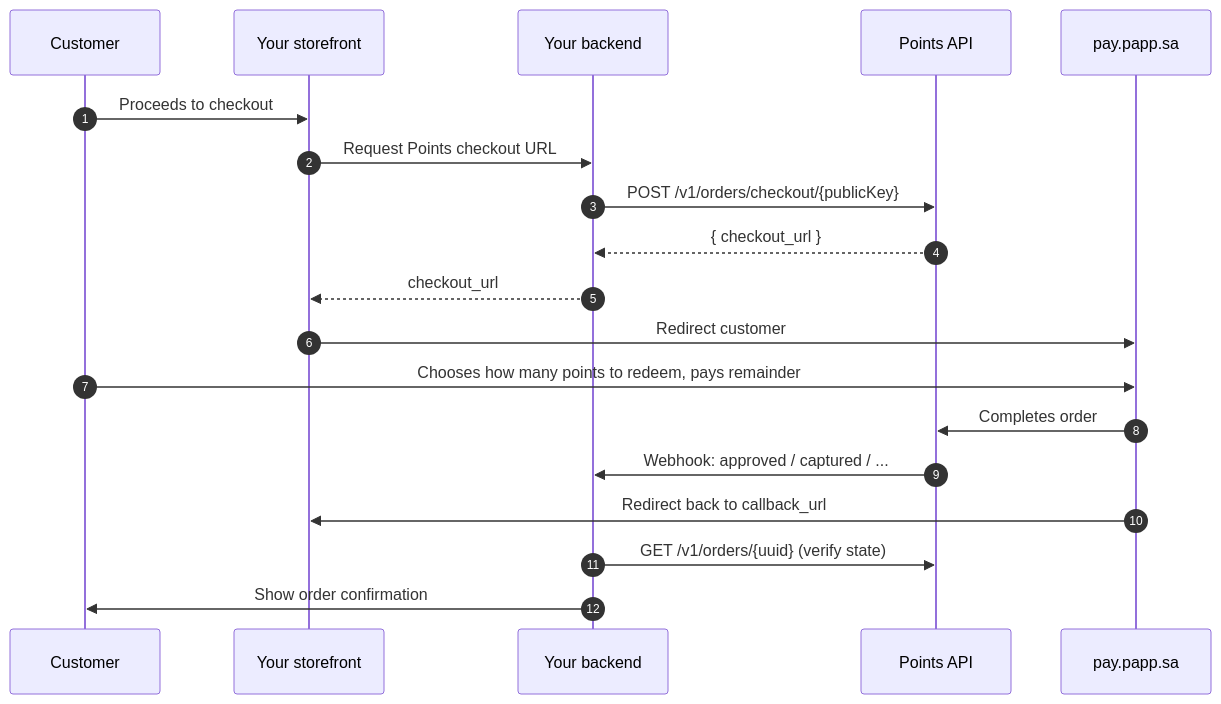
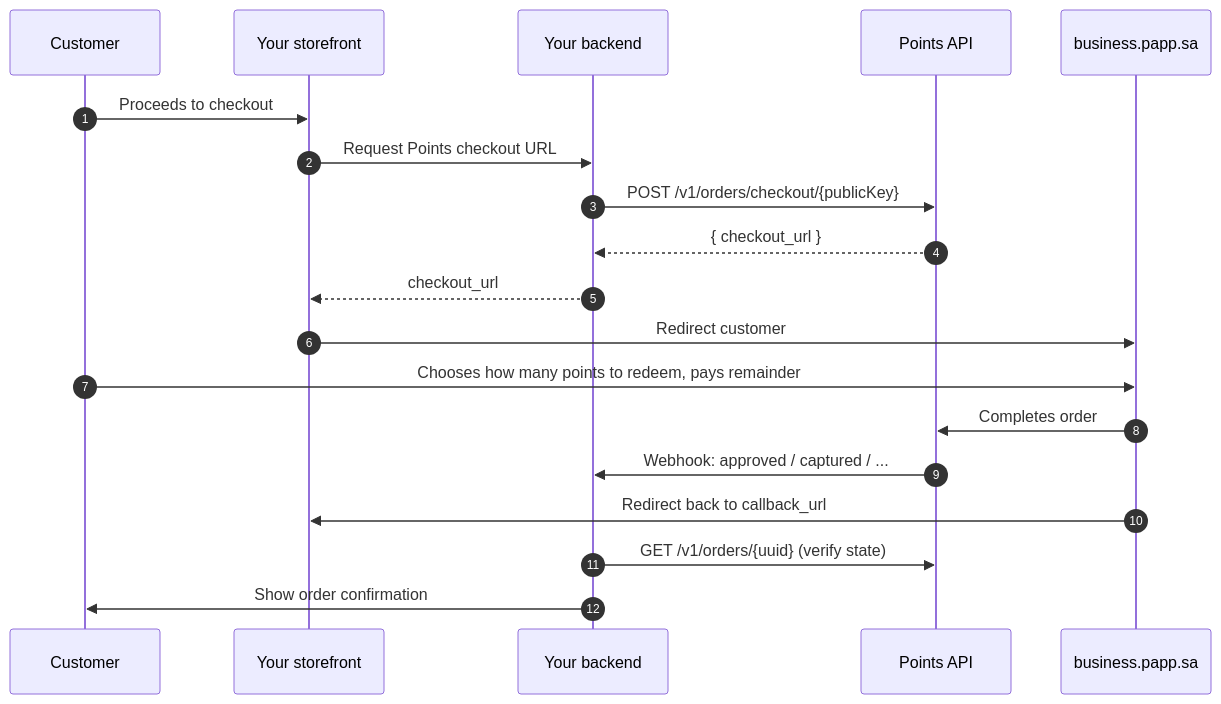
One commit to ibtikarat/points-docs changed the diagram in integration/checkout-flow.mdx. Above: the diagram before and after it, drawn with Mermaid. The commit also changed other lines of this file and 2 other files, not shown here.

Commit message:
docs: update business dashboard checkout links

````diff
--- a/integration/checkout-flow.mdx
+++ b/integration/checkout-flow.mdx
@@ -12,22 +12,22 @@
 ```mermaid
 sequenceDiagram
     autonumber
     participant Customer
     participant MerchantFE as Your storefront
     participant MerchantBE as Your backend
     participant Points as Points API
-    participant PointsCheckout as pay.papp.sa
+    participant PointsCheckout as business.papp.sa
 
     Customer->>MerchantFE: Proceeds to checkout
     MerchantFE->>MerchantBE: Request Points checkout URL
     MerchantBE->>Points: POST /v1/orders/checkout/{publicKey}
     Points-->>MerchantBE: { checkout_url }
     MerchantBE-->>MerchantFE: checkout_url
     MerchantFE->>PointsCheckout: Redirect customer
     Customer->>PointsCheckout: Chooses how many points to redeem, pays remainder
     PointsCheckout->>Points: Completes order
     Points->>MerchantBE: Webhook: approved / captured / ...
     PointsCheckout->>MerchantFE: Redirect back to callback_url
     MerchantBE->>Points: GET /v1/orders/{uuid} (verify state)
     MerchantBE->>Customer: Show order confirmation
 ```
````
